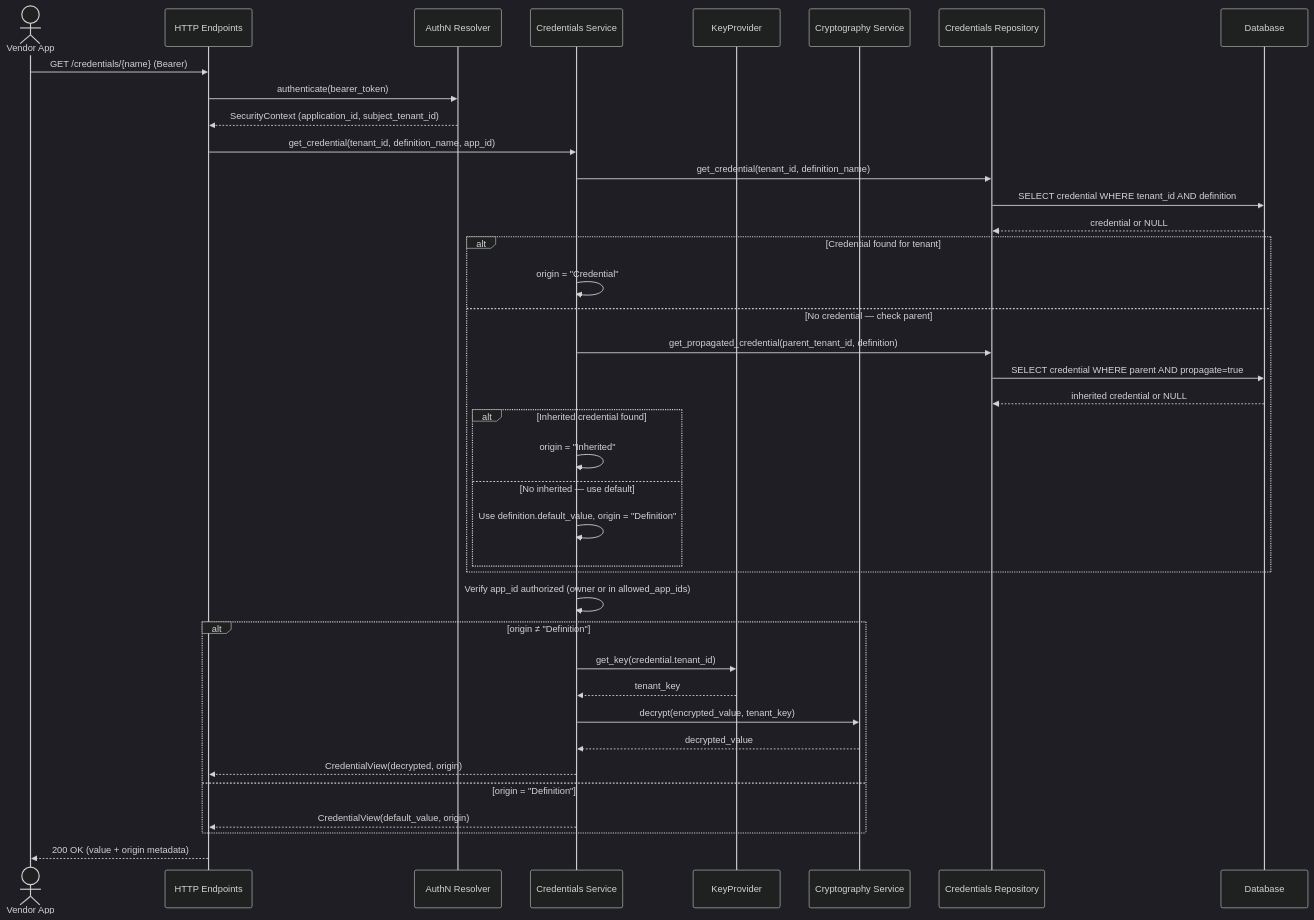
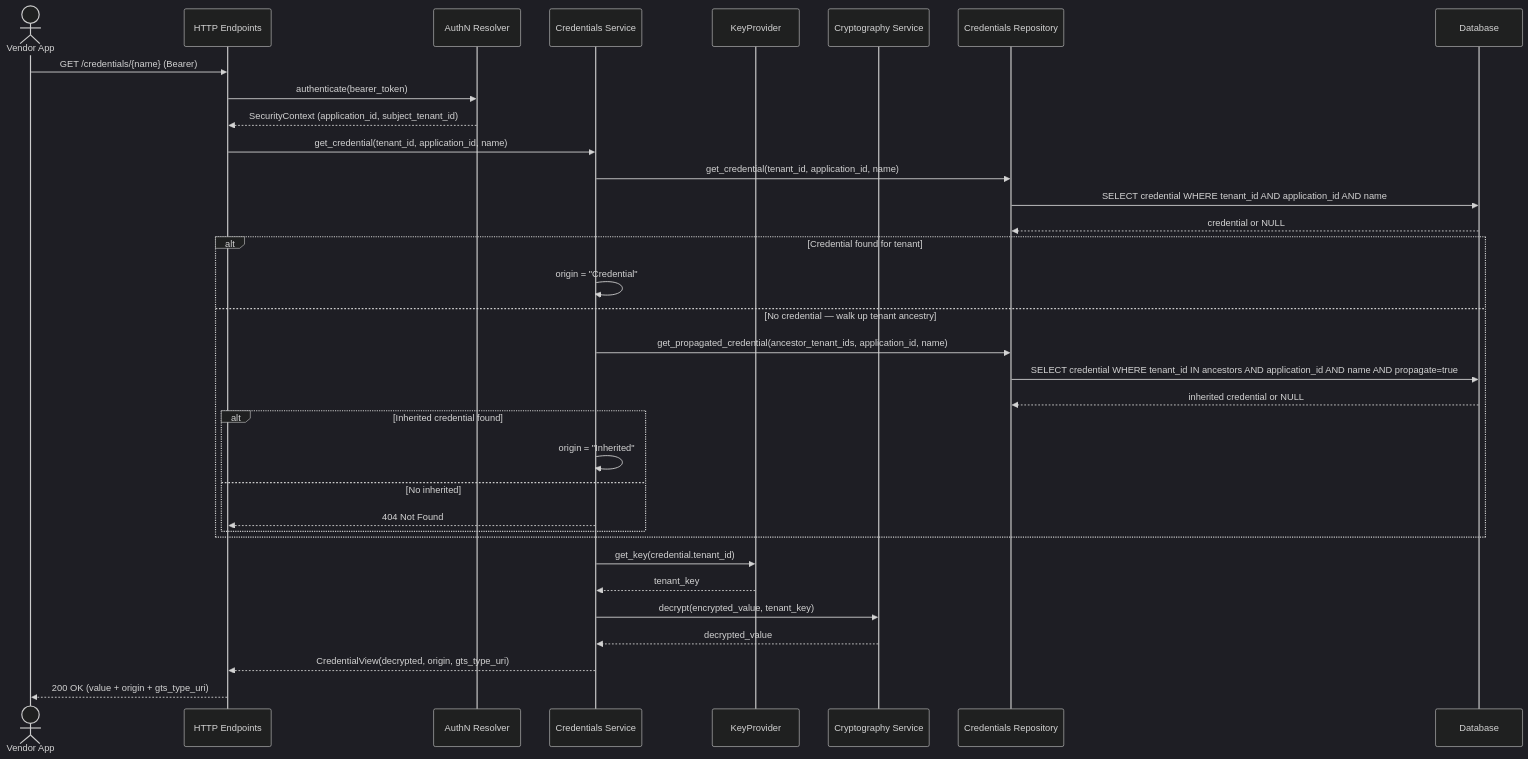
Before and after one commit to nullhypothesic/cyberfabric-core: the third of 3 diagrams in modules/credstore/plugins/credentials-storage/DESIGN.md, drawn with Mermaid (dark theme). The commit also changed other lines of this file and 1 other file, not shown here.

Commit message:
docs: refactor schemas and definition into gts

````diff
--- a/modules/credstore/plugins/credentials-storage/DESIGN.md
+++ b/modules/credstore/plugins/credentials-storage/DESIGN.md
@@ -452,45 +464,39 @@
 ```mermaid
 sequenceDiagram
     actor App as Vendor App
     participant API as HTTP Endpoints
     participant AuthN as AuthN Resolver
     participant Svc as Credentials Service
     participant KP as KeyProvider
     participant Crypto as Cryptography Service
     participant Repo as Credentials Repository
     participant DB as Database
 
     App->>API: GET /credentials/{name} (Bearer)
     API->>AuthN: authenticate(bearer_token)
     AuthN-->>API: SecurityContext (application_id, subject_tenant_id)
-    API->>Svc: get_credential(tenant_id, definition_name, app_id)
-    Svc->>Repo: get_credential(tenant_id, definition_name)
-    Repo->>DB: SELECT credential WHERE tenant_id AND definition
+    API->>Svc: get_credential(tenant_id, application_id, name)
+    Svc->>Repo: get_credential(tenant_id, application_id, name)
+    Repo->>DB: SELECT credential WHERE tenant_id AND application_id AND name
     DB-->>Repo: credential or NULL
 
     alt Credential found for tenant
         Svc->>Svc: origin = "Credential"
-    else No credential — check parent
-        Svc->>Repo: get_propagated_credential(parent_tenant_id, definition)
-        Repo->>DB: SELECT credential WHERE parent AND propagate=true
+    else No credential — walk up tenant ancestry
+        Svc->>Repo: get_propagated_credential(ancestor_tenant_ids, application_id, name)
+        Repo->>DB: SELECT credential WHERE tenant_id IN ancestors AND application_id AND name AND propagate=true
         DB-->>Repo: inherited credential or NULL
         alt Inherited credential found
             Svc->>Svc: origin = "Inherited"
-        else No inherited — use default
-            Svc->>Svc: Use definition.default_value, origin = "Definition"
+        else No inherited
+            Svc-->>API: 404 Not Found
         end
     end
 
-    Svc->>Svc: Verify app_id authorized (owner or in allowed_app_ids)
-
-    alt origin ≠ "Definition"
-        Svc->>KP: get_key(credential.tenant_id)
-        KP-->>Svc: tenant_key
-        Svc->>Crypto: decrypt(encrypted_value, tenant_key)
-        Crypto-->>Svc: decrypted_value
-        Svc-->>API: CredentialView(decrypted, origin)
-    else origin = "Definition"
-        Svc-->>API: CredentialView(default_value, origin)
-    end
-    API-->>App: 200 OK (value + origin metadata)
+    Svc->>KP: get_key(credential.tenant_id)
+    KP-->>Svc: tenant_key
+    Svc->>Crypto: decrypt(encrypted_value, tenant_key)
+    Crypto-->>Svc: decrypted_value
+    Svc-->>API: CredentialView(decrypted, origin, gts_type_uri)
+    API-->>App: 200 OK (value + origin + gts_type_uri)
 ```
````
